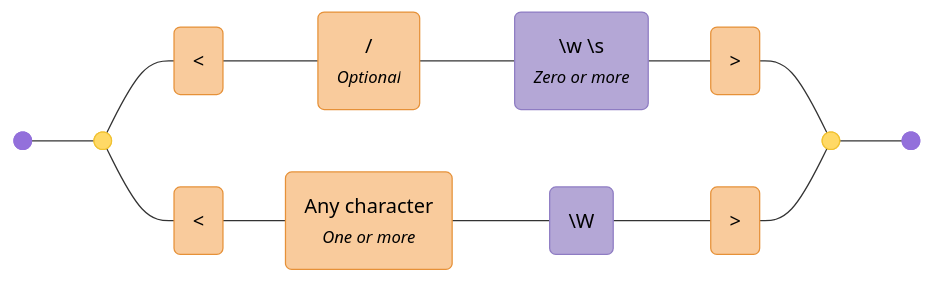
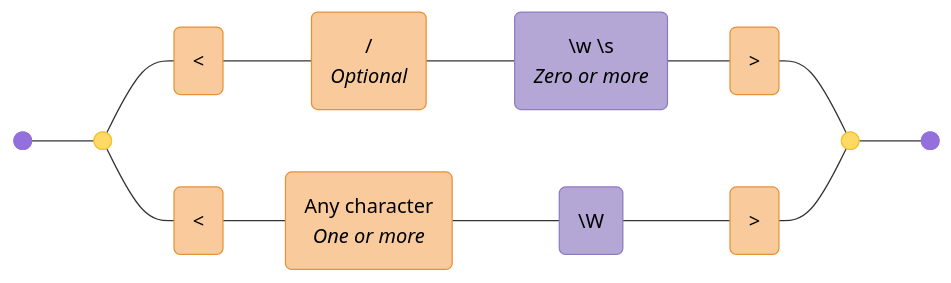
Before and after one commit to tayles/regex-to-mermaid: the diagram in diagrams/html-tags.mermaid, drawn with Mermaid. The commit also changed 37 other files, not shown here.

```diff
--- a/diagrams/html-tags.mermaid
+++ b/diagrams/html-tags.mermaid
@@ -1,37 +1,37 @@
 graph LR
   accTitle: "Regex: <\\/?[\\w\\s]*>|<.+[\\W]>"
   accDescr: "Generated with regex-to-mermaid@1.0.3"
 
   %% Nodes
   start@{ shape: f-circ };
   fin@{ shape: f-circ };
   disjunction_begin_1:::disjunction@{ shape: f-circ };
   disjunction_end_1:::disjunction@{ shape: f-circ };
   literal_1("<"):::literal;
-  literal_2("/<br><i><small>Optional</small></i>"):::literal;
-  char_class_1("\w \s<br><i><small>Zero or more</small></i>"):::char-class;
+  literal_2("/<br><i>Optional</i>"):::literal;
+  char_class_1("\w \s<br><i>Zero or more</i>"):::char-class;
   literal_3(">"):::literal;
   literal_4("<"):::literal;
-  literal_5("Any character<br><i><small>One or more</small></i>"):::literal;
+  literal_5("Any character<br><i>One or more</i>"):::literal;
   char_class_2("\W"):::char-class;
   literal_6(">"):::literal;
 
   %% Edges
   start --- disjunction_begin_1;
   disjunction_begin_1 --- literal_1;
   literal_1 --- literal_2;
   literal_2 --- char_class_1;
   char_class_1 --- literal_3;
   literal_3 --- disjunction_end_1;
   disjunction_begin_1 --- literal_4;
   literal_4 --- literal_5;
   literal_5 --- char_class_2;
   char_class_2 --- literal_6;
   literal_6 --- disjunction_end_1;
   disjunction_end_1 --- fin;
 
   %% Styles
   %% Node Styling
   classDef disjunction fill:#FFD966,stroke:#F1C232,color:#000000;
   classDef literal fill:#F9CB9C,stroke:#E69138,color:#000000;
   classDef char-class fill:#B4A7D6,stroke:#8E7CC3,color:#000000;
```
